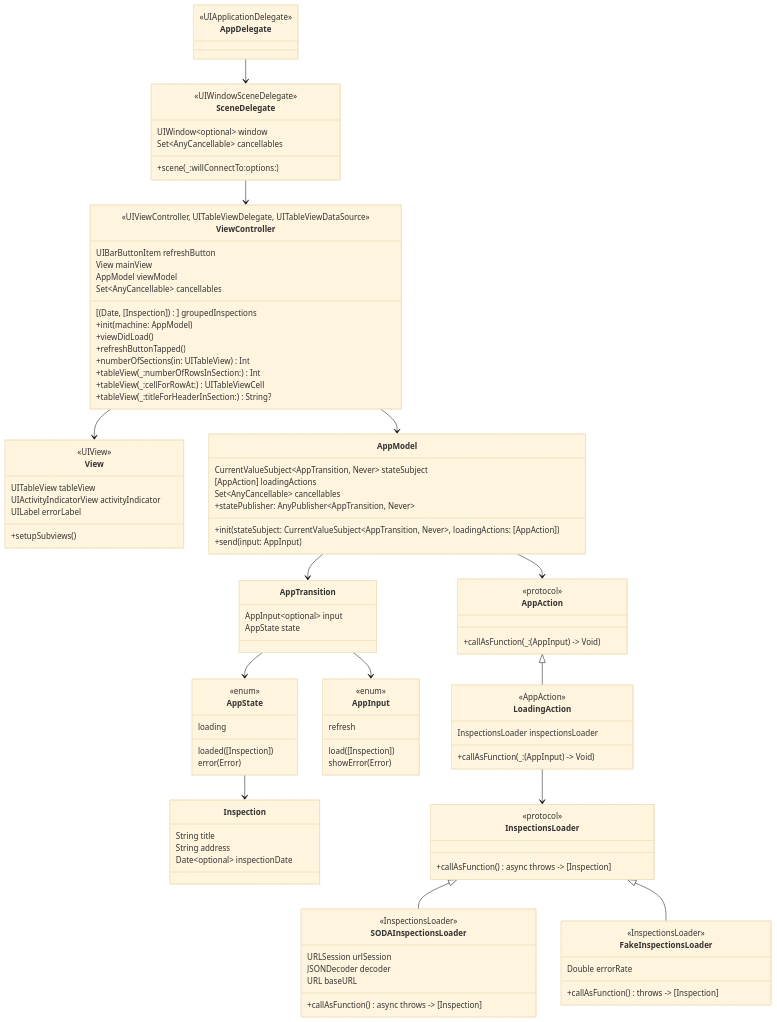
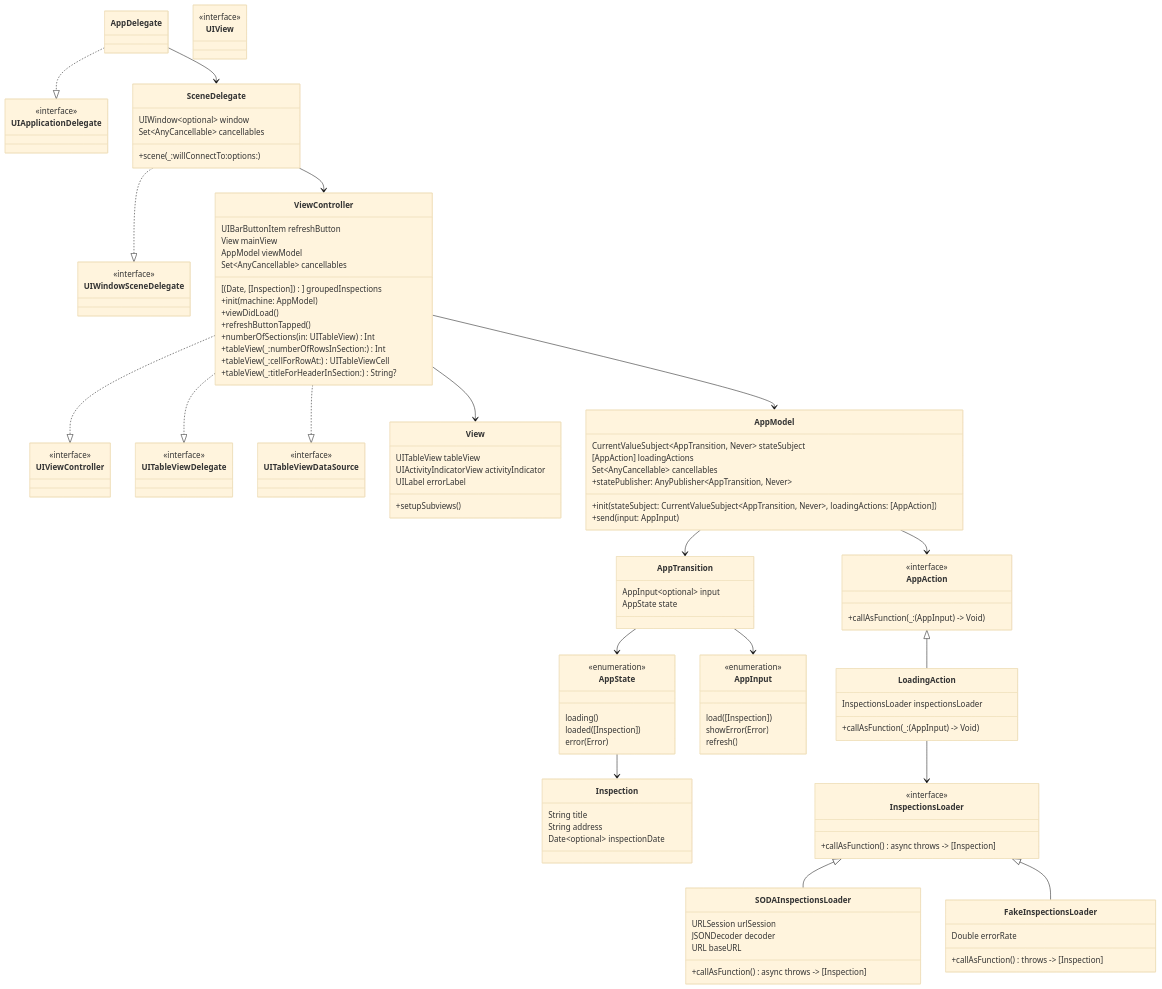
Before and after one commit to themizzi/ChicagoFoodInspections: the first of 3 diagrams in README.md, drawn with Mermaid (base theme).

Commit message:
add interfaces to class diagram

````diff
--- a/README.md
+++ b/README.md
@@ -5,18 +5,34 @@
 ```mermaid
 classDiagram
-    class AppDelegate {
-        <<UIApplicationDelegate>>
+    class UIApplicationDelegate {
+        <<interface>>
+    }
+
+    class AppDelegate
+
+    class UIWindowSceneDelegate {
+        <<interface>>
     }
 
     class SceneDelegate {
-        <<UIWindowSceneDelegate>>
         UIWindow~optional~ window
         Set~AnyCancellable~ cancellables
         +scene(_:willConnectTo:options:)
     }
 
+    class UIViewController {
+        <<interface>>
+    }
+
+    class UITableViewDelegate {
+        <<interface>>
+    }
+
+    class UITableViewDataSource {
+        <<interface>>
+    }
+
     class ViewController {
-        <<UIViewController, UITableViewDelegate, UITableViewDataSource>>
         UIBarButtonItem refreshButton
         View mainView
         AppModel viewModel
@@ -31,8 +47,11 @@
         +tableView(_:titleForHeaderInSection:) String?
     }
 
+    class UIView {
+        <<interface>>
+    }
+
     class View {
-        <<UIView>>
         UITableView tableView
         UIActivityIndicatorView activityIndicator
         UILabel errorLabel
@@ -54,17 +73,17 @@
     }
 
     class AppState {
-        <<enum>>
-        loading
+        <<enumeration>>
+        loading()
         loaded([Inspection])
         error(Error)
     }
 
     class AppInput {
-        <<enum>>
+        <<enumeration>>
         load([Inspection])
         showError(Error)
-        refresh
+        refresh()
     }
 
     class Inspection {
@@ -74,23 +93,21 @@
     }
 
     class AppAction {
-        <<protocol>>
+        <<interface>>
         +callAsFunction(_: (AppInput) -> Void)
     }
 
     class LoadingAction {
-        <<AppAction>>
         InspectionsLoader inspectionsLoader
         +callAsFunction(_: (AppInput) -> Void)
     }
 
     class InspectionsLoader {
-        <<protocol>>
+        <<interface>>
         +callAsFunction() async throws -> [Inspection]
     }
 
     class SODAInspectionsLoader {
-        <<InspectionsLoader>>
         URLSession urlSession
         JSONDecoder decoder
         URL baseURL
@@ -98,11 +115,15 @@
     }
 
     class FakeInspectionsLoader {
-        <<InspectionsLoader>>
         Double errorRate
         +callAsFunction() throws -> [Inspection]
     }
 
+    AppDelegate ..|> UIApplicationDelegate
+    ViewController ..|> UIViewController
+    ViewController ..|> UITableViewDelegate
+    ViewController ..|> UITableViewDataSource
+    SceneDelegate ..|> UIWindowSceneDelegate
     AppDelegate --> SceneDelegate
     SceneDelegate --> ViewController
     ViewController --> View
````
